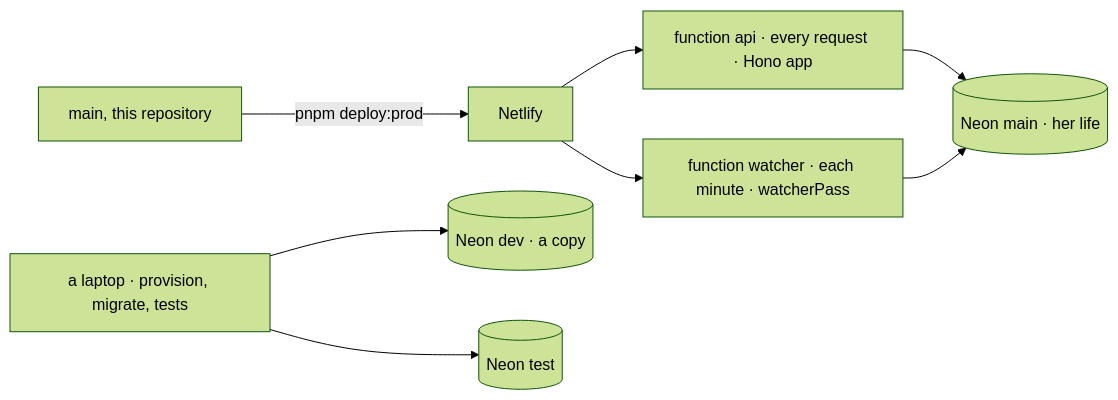
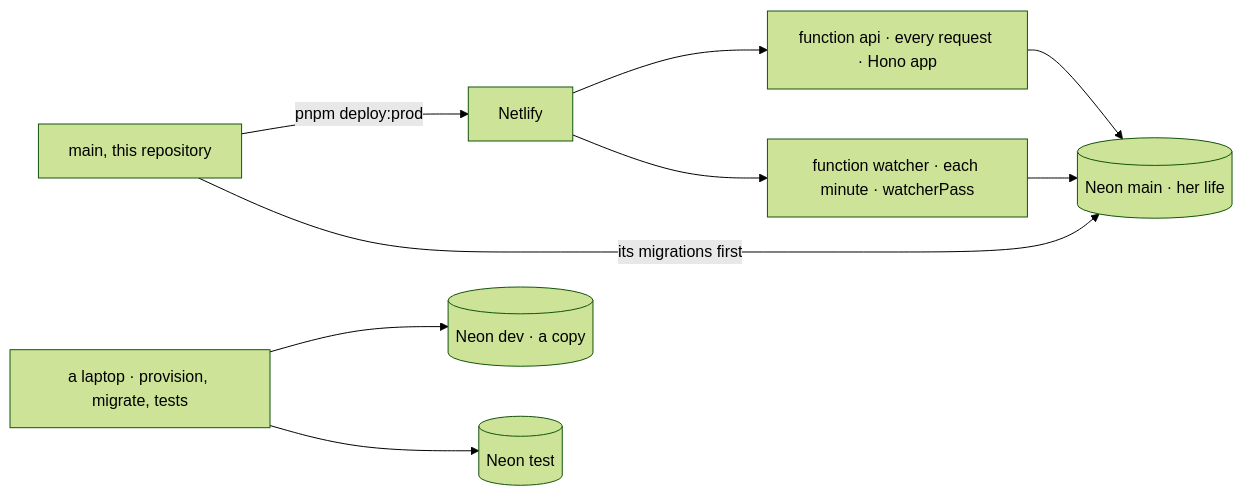
One commit to Jean-claude21/jarvis-os changed the tenth of 10 diagrams in docs/ARCHITECTURE.md. Above: the diagram before and after it, drawn with Mermaid (forest theme). The commit also changed other lines of this file and 1 other file, not shown here.

Commit message:
feat(020): a production deploy migrates Neon main first

````diff
--- a/docs/ARCHITECTURE.md
+++ b/docs/ARCHITECTURE.md
@@ -327,10 +328,11 @@
 ```mermaid
 flowchart LR
   R[main, this repository] -->|pnpm deploy:prod| N[Netlify]
+  R -->|its migrations first| M
   N --> A[function api · every request · Hono app]
   N --> W[function watcher · each minute · watcherPass]
   A --> M[(Neon main · her life)]
   W --> M
   L[a laptop · provision, migrate, tests] --> D[(Neon dev · a copy)]
   L --> T[(Neon test)]
 ```
````
